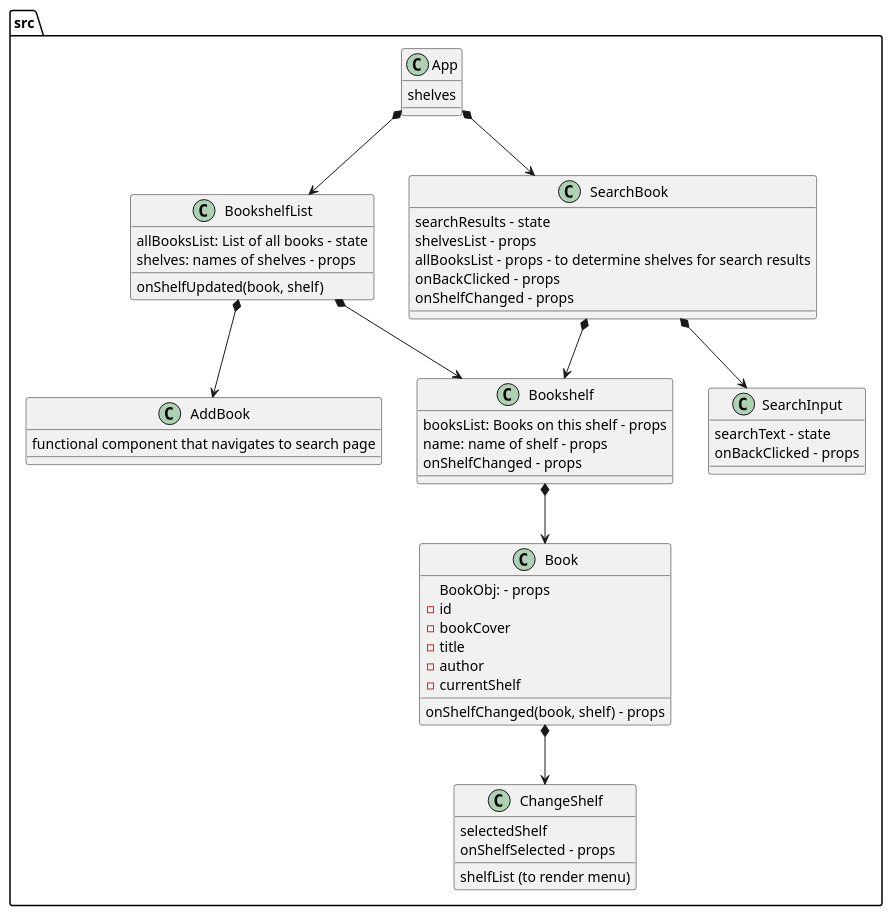
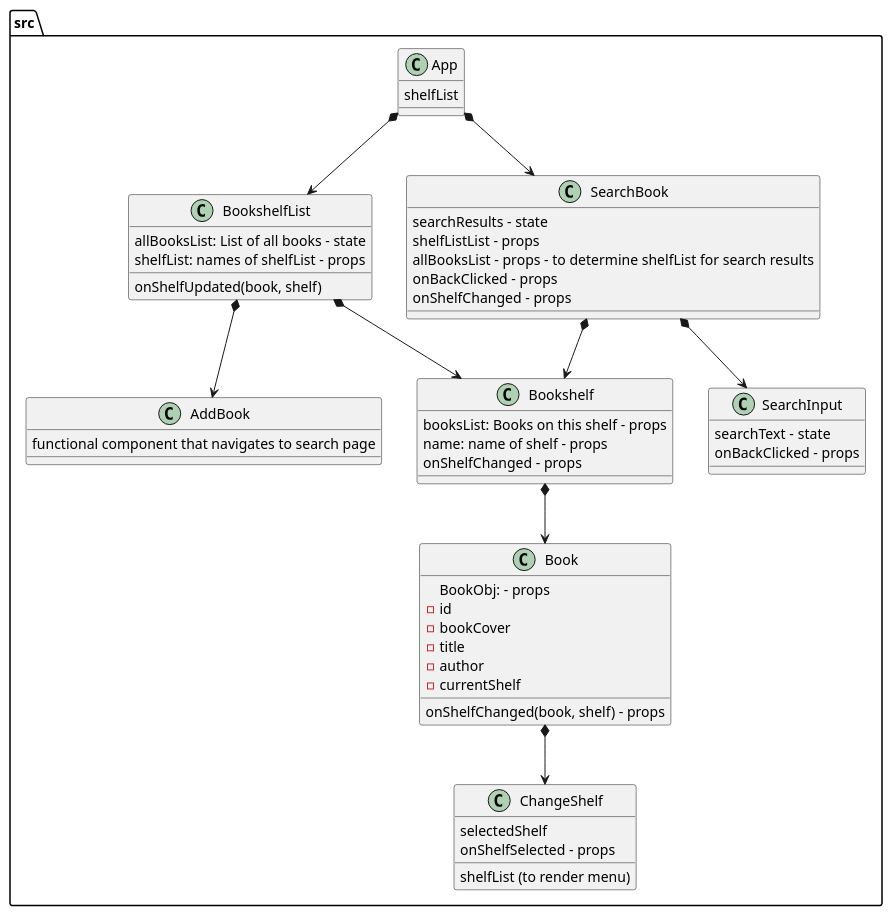
The diagram in SolutionDesign/SolutionDesign.wsd (katsa9/MyReads), drawn with PlantUML before and after one commit. The commit also changed 6 other files, not shown here.

```diff
--- a/SolutionDesign/SolutionDesign.wsd
+++ b/SolutionDesign/SolutionDesign.wsd
@@ -1,59 +1,59 @@
 @startuml myReads-solution-design
 
 package src {
   class App{
-    shelves
+    shelfList
   }
   class BookshelfList{
     allBooksList: List of all books - state
     onShelfUpdated(book, shelf)
-    shelves: names of shelves - props
+    shelfList: names of shelfList - props
   }
   class Bookshelf{
     booksList: Books on this shelf - props
     name: name of shelf - props
     onShelfChanged - props
   }
   
   class Book{
     BookObj: - props
           -id
           -bookCover
           -title
           -author
           -currentShelf
     
     onShelfChanged(book, shelf) - props
   }
   class ChangeShelf{
     shelfList (to render menu)
     selectedShelf
     onShelfSelected - props
   }
   class AddBook{
     functional component that navigates to search page
   }
   class SearchBook{
     searchResults - state
-    shelvesList - props
-    allBooksList - props - to determine shelves for search results
+    shelfListList - props
+    allBooksList - props - to determine shelfList for search results
     onBackClicked - props
     onShelfChanged - props
   }
   class SearchInput{
     searchText - state
     onBackClicked - props
   }
 }
 
 App *--> BookshelfList
 App *--> SearchBook
 BookshelfList*--> Bookshelf
 Bookshelf *--> Book
 BookshelfList *--> AddBook
 Book *--> ChangeShelf
 SearchBook *--> SearchInput
 SearchBook *--> Bookshelf
 
 
 @enduml
```
